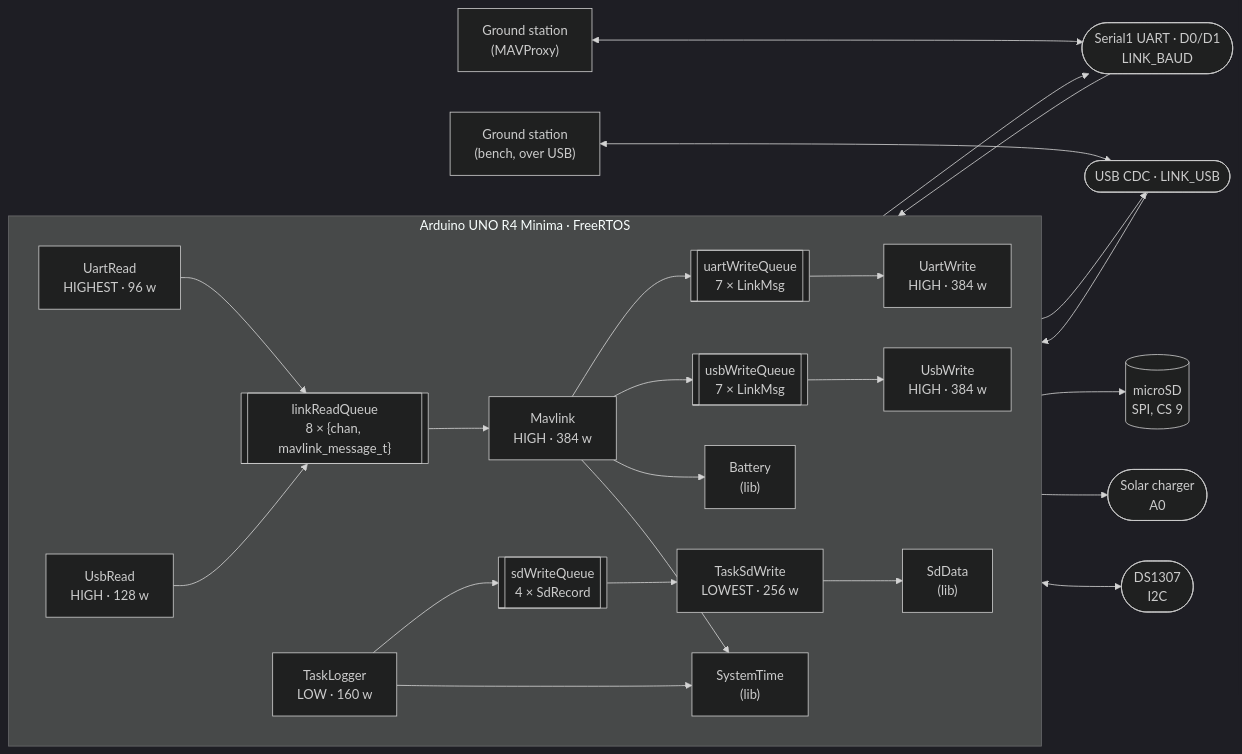
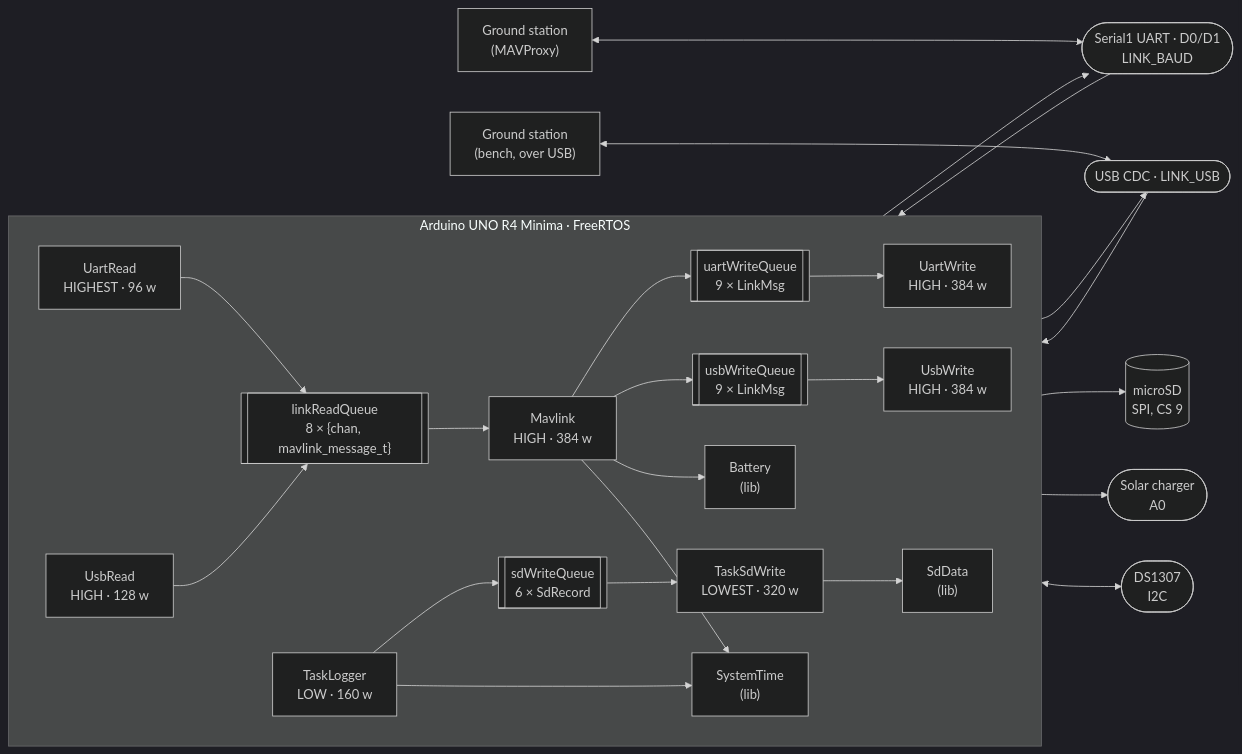
One commit to hectorespert/BoredomOS changed the diagram in ARCHITECTURE.md. Above: the diagram before and after it, drawn with Mermaid (dark theme). The commit also changed other lines of this file and 15 other files, not shown here.

````diff
--- a/ARCHITECTURE.md
+++ b/ARCHITECTURE.md
@@ -31,53 +31,53 @@
 ```mermaid
 flowchart LR
     GCS["Ground station<br/>(MAVProxy)"]
 
     subgraph board["Arduino UNO R4 Minima · FreeRTOS"]
         direction LR
 
         UR["UartRead<br/>HIGHEST · 96 w"]
         UW["UartWrite<br/>HIGH · 384 w"]
         BR["UsbRead<br/>HIGH · 128 w"]
         BW["UsbWrite<br/>HIGH · 384 w"]
         MV["Mavlink<br/>HIGH · 384 w"]
         LG["TaskLogger<br/>LOW · 160 w"]
-        SDW["TaskSdWrite<br/>LOWEST · 256 w"]
+        SDW["TaskSdWrite<br/>LOWEST · 320 w"]
 
         RQ[["linkReadQueue<br/>8 × {chan, mavlink_message_t}"]]
-        UWQ[["uartWriteQueue<br/>7 × LinkMsg"]]
-        BWQ[["usbWriteQueue<br/>7 × LinkMsg"]]
-        DQ[["sdWriteQueue<br/>4 × SdRecord"]]
+        UWQ[["uartWriteQueue<br/>9 × LinkMsg"]]
+        BWQ[["usbWriteQueue<br/>9 × LinkMsg"]]
+        DQ[["sdWriteQueue<br/>6 × SdRecord"]]
 
         BAT["Battery<br/>(lib)"]
         ST["SystemTime<br/>(lib)"]
         SDD["SdData<br/>(lib)"]
     end
 
     LINK(["Serial1 UART · D0/D1<br/>LINK_BAUD"])
     USB(["USB CDC · LINK_USB"])
     CARD[("microSD<br/>SPI, CS 9")]
     ADC(["Solar charger<br/>A0"])
     RTC(["DS1307<br/>I2C"])
 
     GCS <--> LINK
     GCS2["Ground station<br/>(bench, over USB)"] <--> USB
 
     LINK --> UR
     UW --> LINK
     USB --> BR
     BW --> USB
 
     UR --> RQ
     BR --> RQ
     RQ --> MV
     MV --> UWQ --> UW
     MV --> BWQ --> BW
 
     LG --> DQ --> SDW
     SDW --> SDD --> CARD
 
     MV --> BAT --> ADC
     MV --> ST
     LG --> ST
     ST <--> RTC
 ```
````
